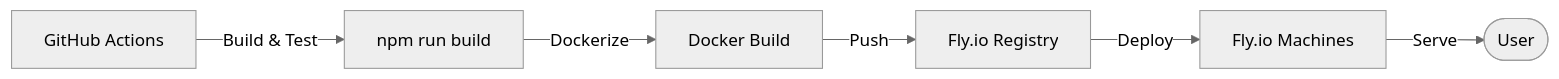
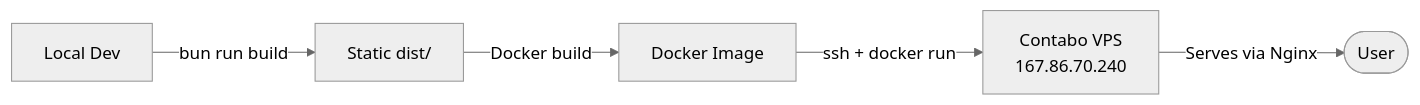
Before and after one commit to d-mv/janus: the third of 3 diagrams in docs/ARCHITECTURE.md, drawn with Mermaid (neutral theme). The commit also changed other lines of this file and 9 other files, not shown here.

````diff
--- a/docs/ARCHITECTURE.md
+++ b/docs/ARCHITECTURE.md
@@ -69,8 +70,7 @@
 ```mermaid
 flowchart LR
-    GA[GitHub Actions] -->|Build & Test| Build[npm run build]
-    Build -->|Dockerize| Docker[Docker Build]
-    Docker -->|Push| Registry[Fly.io Registry]
-    Registry -->|Deploy| Fly[Fly.io Machines]
-    Fly -->|Serve| User([User])
+    Dev[Local Dev] -->|bun run build| Build[Static dist/]
+    Build -->|Docker build| Docker[Docker Image]
+    Docker -->|ssh + docker run| Contabo[Contabo VPS\n167.86.70.240]
+    Contabo -->|Serves via Nginx| User([User])
 ```
````
